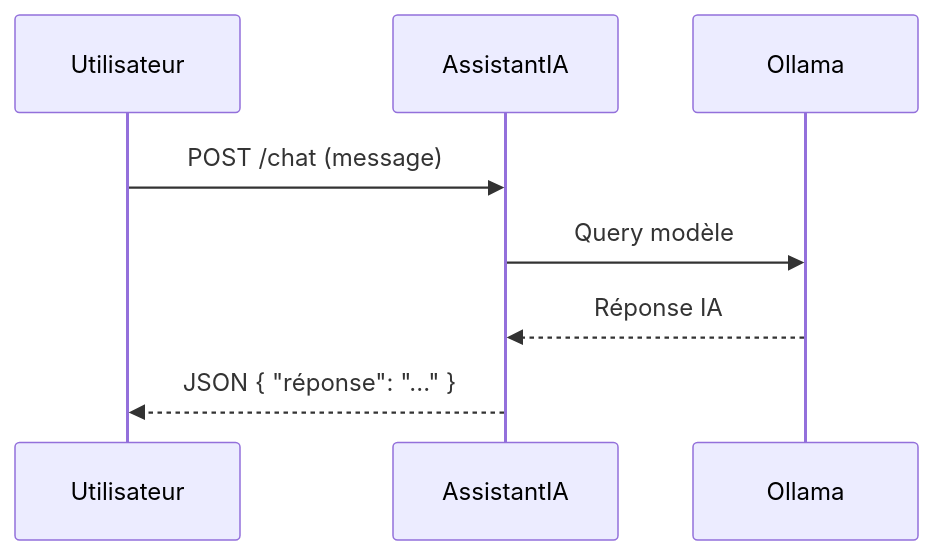
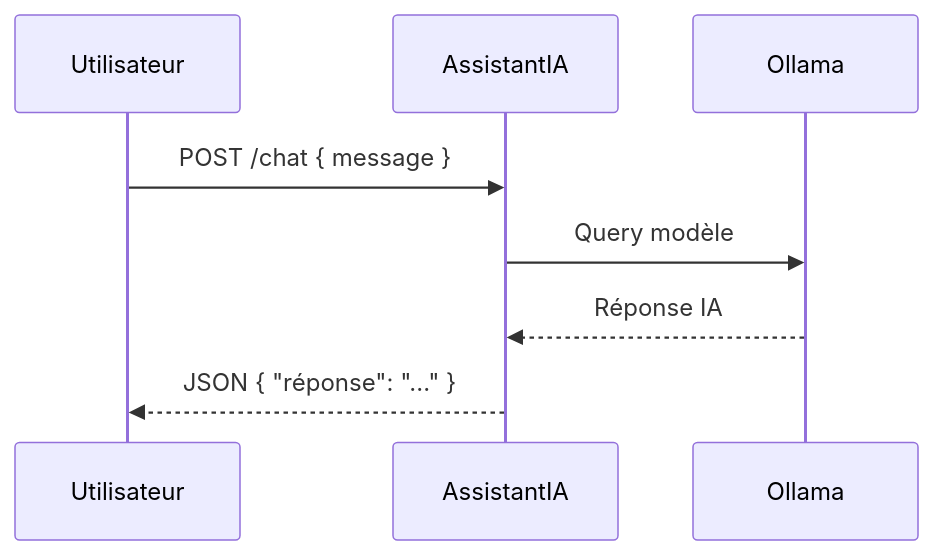
The diagram in docs/modules/assistantia.md (arkalia-luna-system/arkalia-luna-pro), drawn with Mermaid before and after one commit. The commit also changed other lines of this file and 75 other files, not shown here.

````diff
--- a/docs/modules/assistantia.md
+++ b/docs/modules/assistantia.md
@@ -137,10 +143,10 @@
 ```mermaid
 sequenceDiagram
     participant U as Utilisateur
     participant A as AssistantIA
     participant O as Ollama
-    U->>A: POST /chat (message)
+    U->>A: POST /chat { message }
     A->>O: Query modèle
     O-->>A: Réponse IA
     A-->>U: JSON { "réponse": "..." }
 ```
````
